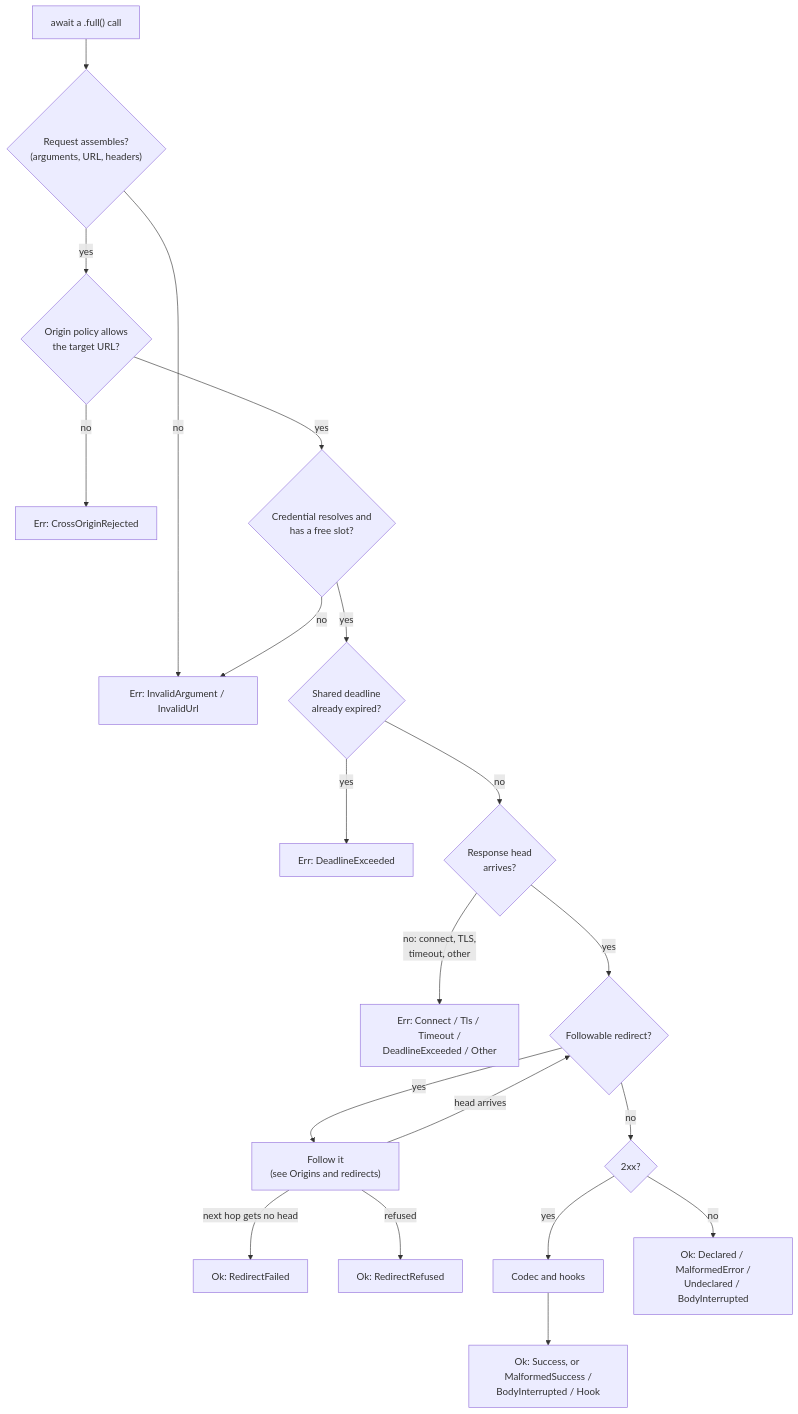
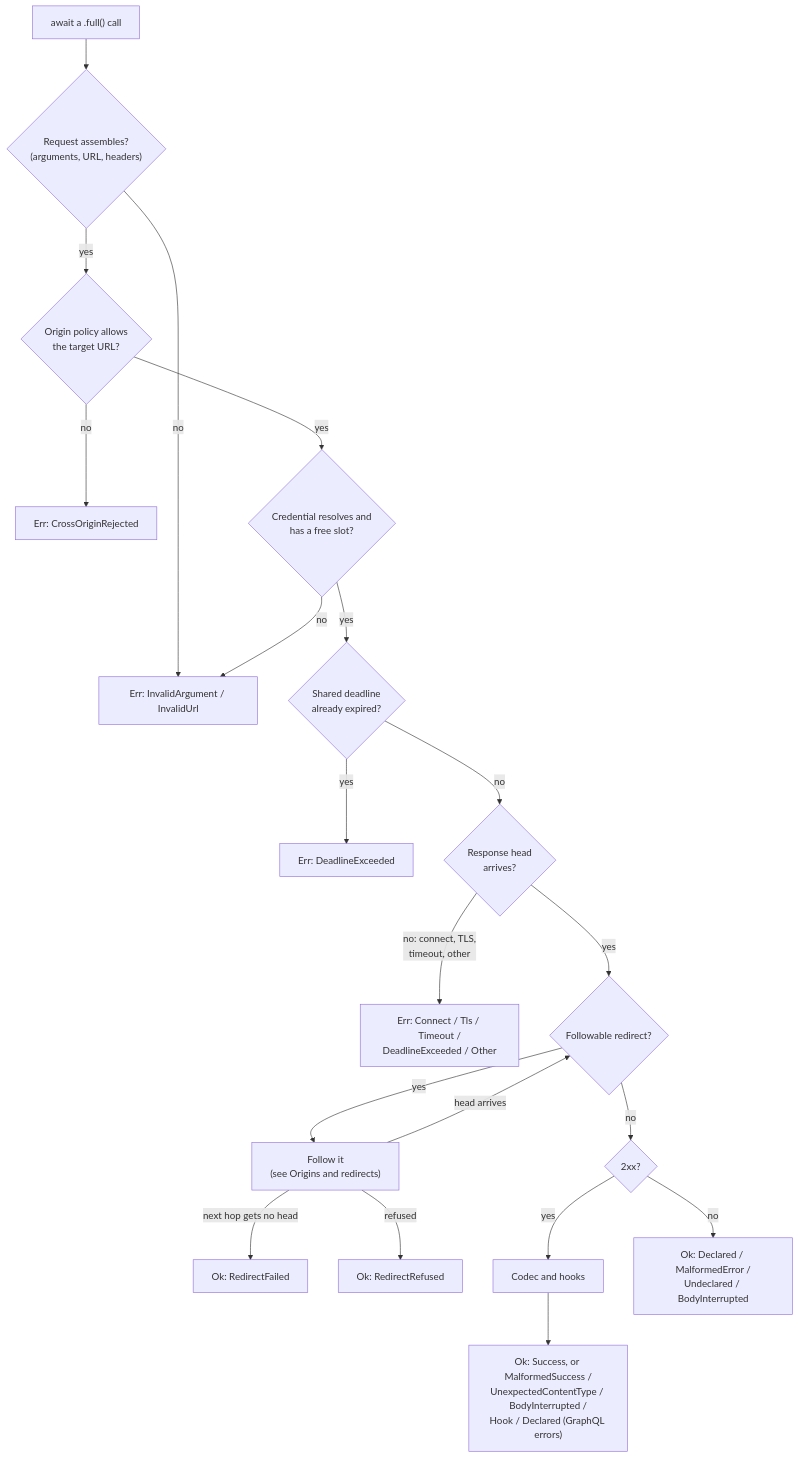
The diagram in schematic/docs/runtime/sending-and-responses.md (yankeeinlondon/rusty-biscuit), drawn with Mermaid before and after one commit. The commit also changed other lines of this file and 30 other files, not shown here.

First line of the commit message:
docs(schematic): document GraphQL and Relay pagination behavior

````diff
--- a/schematic/docs/runtime/sending-and-responses.md
+++ b/schematic/docs/runtime/sending-and-responses.md
@@ -105,22 +105,22 @@
 ```mermaid
 flowchart TD
     A["await a .full() call"] --> B{"Request assembles?<br/>(arguments, URL, headers)"}
     B -->|no| E1["Err: InvalidArgument / InvalidUrl"]
     B -->|yes| C{"Origin policy allows<br/>the target URL?"}
     C -->|no| E2["Err: CrossOriginRejected"]
     C -->|yes| D{"Credential resolves and<br/>has a free slot?"}
     D -->|no| E1
     D -->|yes| F{"Shared deadline<br/>already expired?"}
     F -->|yes| E3["Err: DeadlineExceeded"]
     F -->|no| G{"Response head<br/>arrives?"}
     G -->|"no: connect, TLS,<br/>timeout, other"| E4["Err: Connect / Tls / Timeout /<br/>DeadlineExceeded / Other"]
     G -->|yes| H{"Followable redirect?"}
     H -->|yes| R["Follow it<br/>(see Origins and redirects)"]
     R -->|"next hop gets no head"| OK3["Ok: RedirectFailed"]
     R -->|refused| OK4["Ok: RedirectRefused"]
     R -->|"head arrives"| H
     H -->|no| I{"2xx?"}
     I -->|yes| J["Codec and hooks"]
-    J --> OK1["Ok: Success, or MalformedSuccess /<br/>BodyInterrupted / Hook"]
+    J --> OK1["Ok: Success, or MalformedSuccess /<br/>UnexpectedContentType / BodyInterrupted /<br/>Hook / Declared (GraphQL errors)"]
     I -->|no| OK2["Ok: Declared / MalformedError /<br/>Undeclared / BodyInterrupted"]
 ```
````
